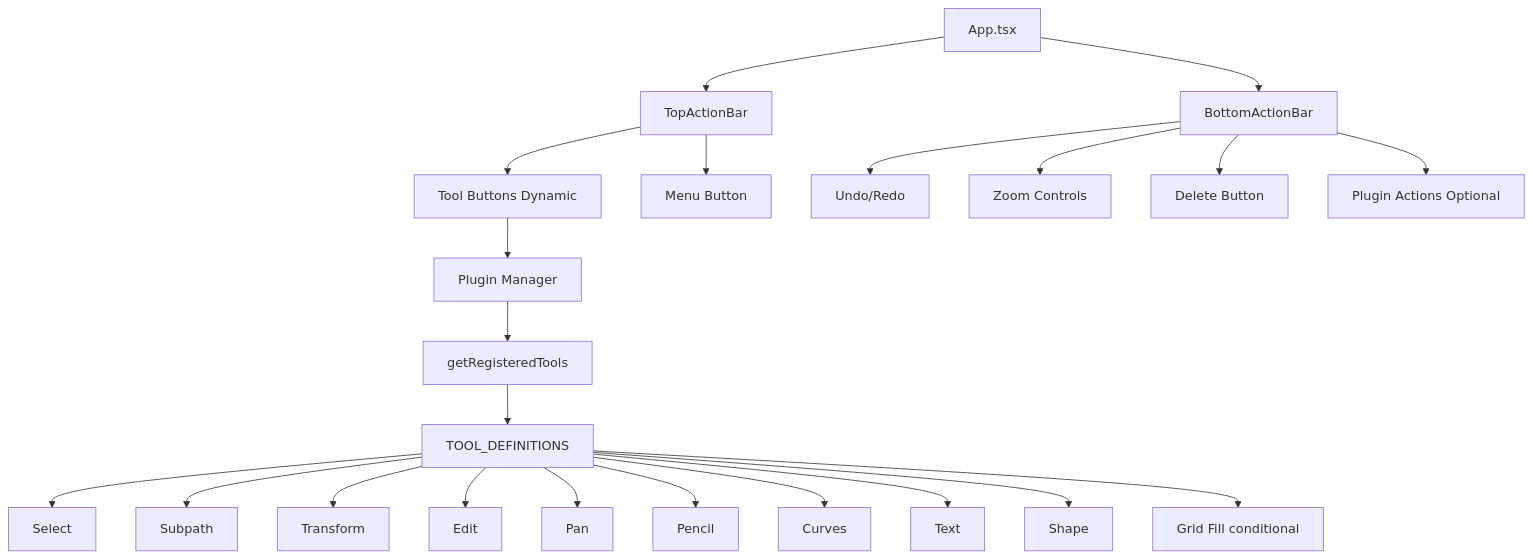
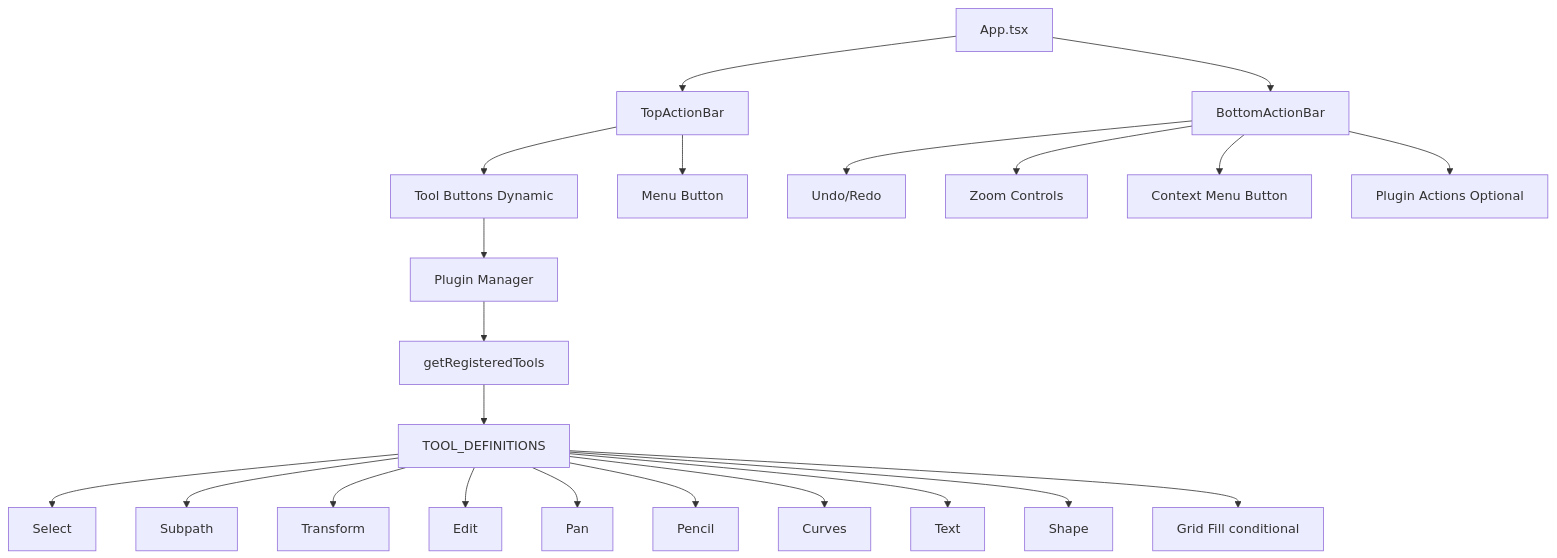
Before and after one commit to ekrsulov/ttpe: the diagram in doc/docs/app-structure/actionbars.md, drawn with Mermaid. The commit also changed 5 other files, not shown here.

First line of the commit message:
feat(actionbars): replace Delete Button with Context Menu Button in Bottom Action Bar

````diff
--- a/doc/docs/app-structure/actionbars.md
+++ b/doc/docs/app-structure/actionbars.md
@@ -22,28 +22,28 @@
 ```mermaid
 graph TB
     App[App.tsx] --> TopBar[TopActionBar]
     App --> BottomBar[BottomActionBar]
     
     TopBar --> ToolButtons[Tool Buttons Dynamic]
     TopBar --> MenuButton[Menu Button]
     
     BottomBar --> UndoRedo[Undo/Redo]
     BottomBar --> ZoomControls[Zoom Controls]
-    BottomBar --> DeleteButton[Delete Button]
+    BottomBar --> ContextMenuButton[Context Menu Button]
     BottomBar --> PluginActions[Plugin Actions Optional]
     
     ToolButtons --> PluginManager[Plugin Manager]
     PluginManager --> RegisteredTools[getRegisteredTools]
     RegisteredTools --> ToolDefs[TOOL_DEFINITIONS]
     
     ToolDefs --> Select[Select]
     ToolDefs --> Subpath[Subpath]
     ToolDefs --> Transform[Transform]
     ToolDefs --> Edit[Edit]
     ToolDefs --> Pan[Pan]
     ToolDefs --> Pencil[Pencil]
     ToolDefs --> Curves[Curves]
     ToolDefs --> Text[Text]
     ToolDefs --> Shape[Shape]
     ToolDefs --> GridFill[Grid Fill conditional]
 ```
````
